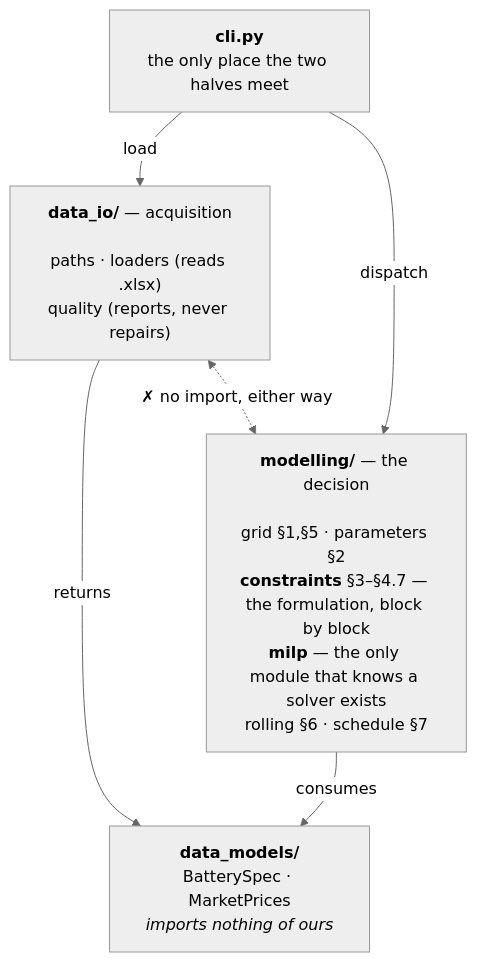
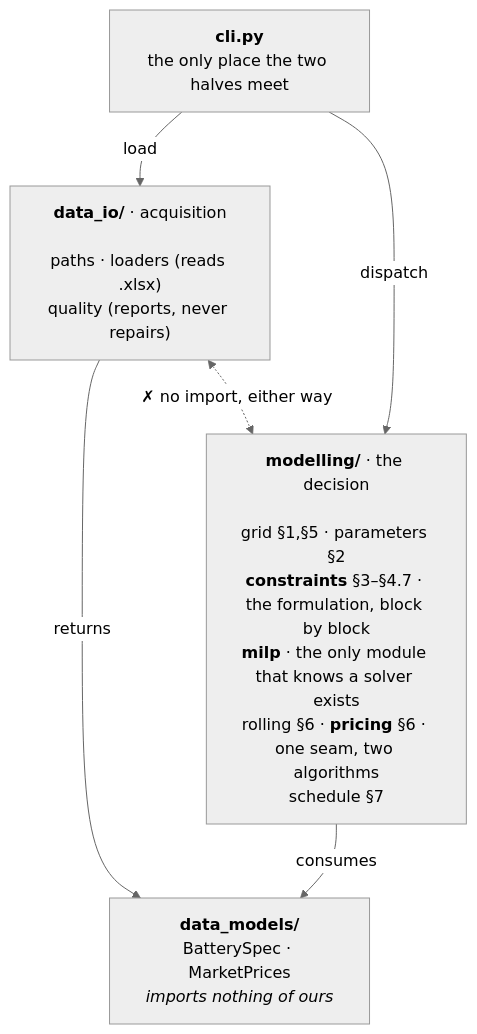
One commit to GuilhermePFM/BatteryCase changed the diagram in docs/architecture.md. Above: the diagram before and after it, drawn with Mermaid (neutral theme). The commit also changed other lines of this file and 20 other files, not shown here.

````diff
--- a/docs/architecture.md
+++ b/docs/architecture.md
@@ -35,13 +38,13 @@
 ```mermaid
 flowchart TD
     CLI["<b>cli.py</b><br/>the only place the two halves meet"]
-    IO["<b>data_io/</b> — acquisition<br/><br/>paths · loaders (reads .xlsx)<br/>quality (reports, never repairs)"]
-    MOD["<b>modelling/</b> — the decision<br/><br/>grid §1,§5 · parameters §2<br/><b>constraints</b> §3–§4.7 — the formulation, block by block<br/><b>milp</b> — the only module that knows a solver exists<br/>rolling §6 · schedule §7"]
+    IO["<b>data_io/</b> · acquisition<br/><br/>paths · loaders (reads .xlsx)<br/>quality (reports, never repairs)"]
+    MOD["<b>modelling/</b> · the decision<br/><br/>grid §1,§5 · parameters §2<br/><b>constraints</b> §3–§4.7 · the formulation, block by block<br/><b>milp</b> · the only module that knows a solver exists<br/>rolling §6 · <b>pricing</b> §6 · one seam, two algorithms<br/>schedule §7"]
     DM["<b>data_models/</b><br/>BatterySpec · MarketPrices<br/><i>imports nothing of ours</i>"]
 
     CLI -- load --> IO
     CLI -- dispatch --> MOD
     IO -- returns --> DM
     MOD -- consumes --> DM
     IO <-. "✗ no import, either way" .-> MOD
 ```
````
